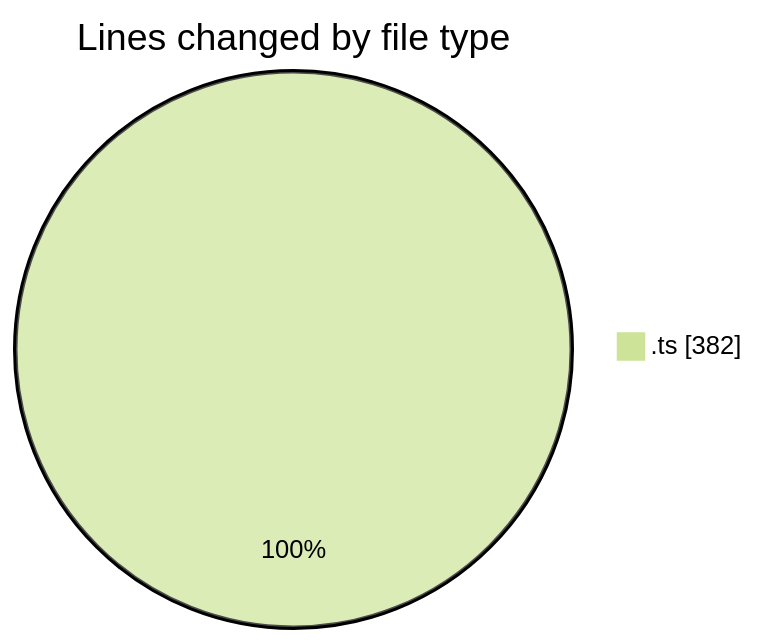
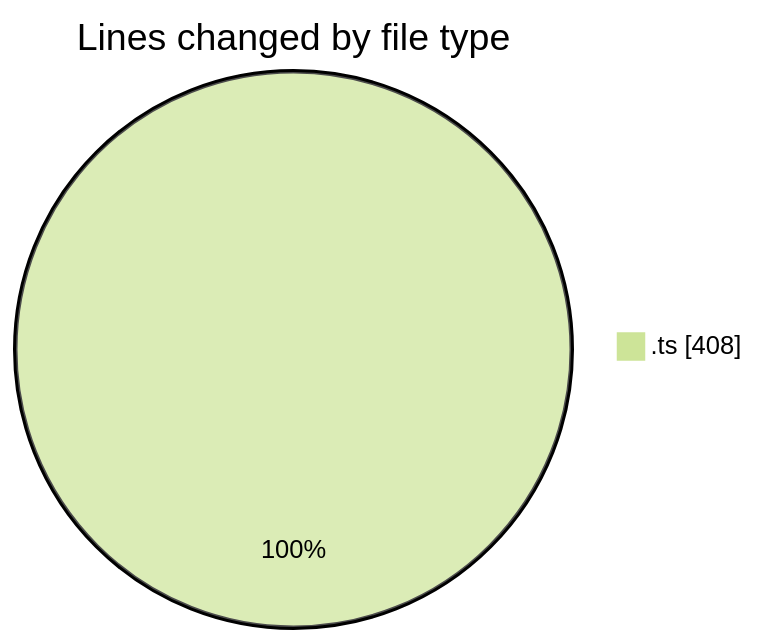
The first of 2 diagrams in 2026-03-31/cinema/README.md (igalym/code-tracking), drawn with Mermaid (forest theme) before and after one commit. The commit also changed other lines of this file and 1 other file, not shown here.

````diff
--- a/2026-03-31/cinema/README.md
+++ b/2026-03-31/cinema/README.md
@@ -37,5 +37,5 @@
 ```mermaid
 pie showData
 title Lines changed by file type
-".ts" : 382
+".ts" : 408
 ```
````
